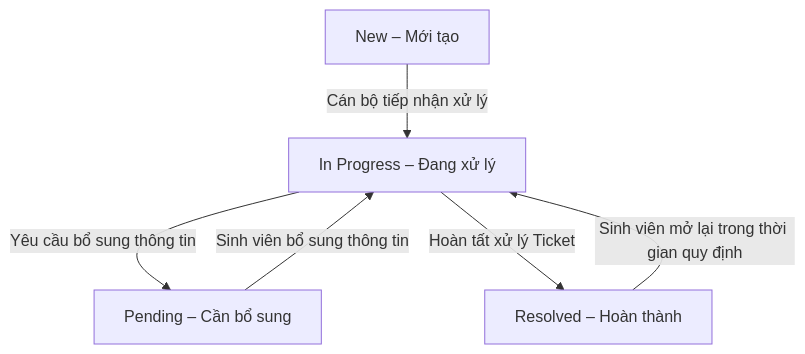
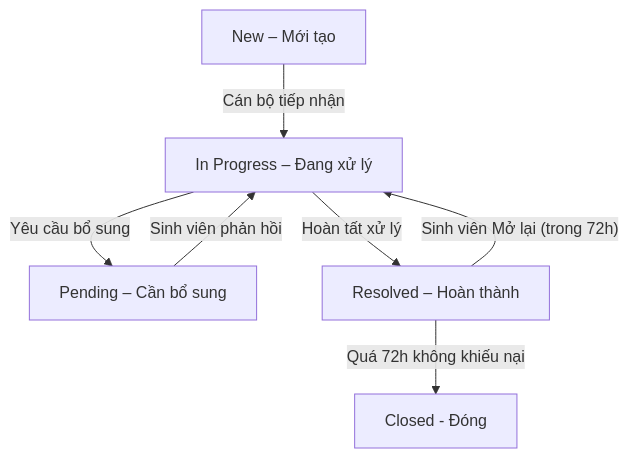
Before and after one commit to vinhdai123/UniSupport_Project: the diagram in docs/02-domain/state-transition.md, drawn with Mermaid. The commit also changed other lines of this file and 8 other files, not shown here.

````diff
--- a/docs/02-domain/state-transition.md
+++ b/docs/02-domain/state-transition.md
@@ -30,13 +29,15 @@
 ```mermaid
 flowchart TD
     A["New – Mới tạo"]
     B["In Progress – Đang xử lý"]
     C["Pending – Cần bổ sung"]
     D["Resolved – Hoàn thành"]
+    E["Closed - Đóng"]
 
-    A -->|"Cán bộ tiếp nhận xử lý"| B
-    B -->|"Yêu cầu bổ sung thông tin"| C
-    C -->|"Sinh viên bổ sung thông tin"| B
-    B -->|"Hoàn tất xử lý Ticket"| D
-    D -->|"Sinh viên mở lại trong thời gian quy định"| B
+    A -->|"Cán bộ tiếp nhận"| B
+    B -->|"Yêu cầu bổ sung"| C
+    C -->|"Sinh viên phản hồi"| B
+    B -->|"Hoàn tất xử lý"| D
+    D -->|"Sinh viên Mở lại (trong 72h)"| B
+    D -->|"Quá 72h không khiếu nại"| E
 ```
````
